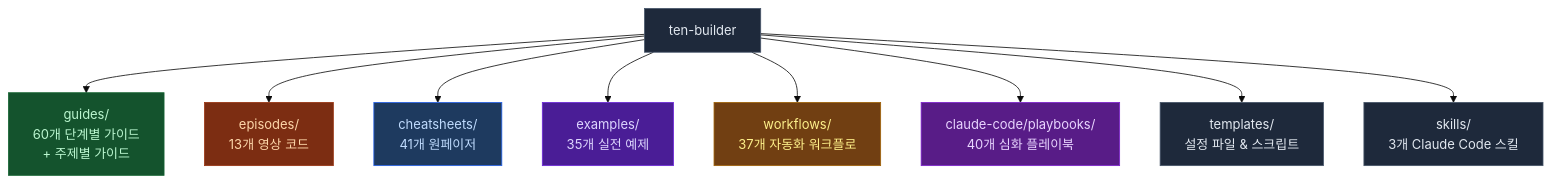
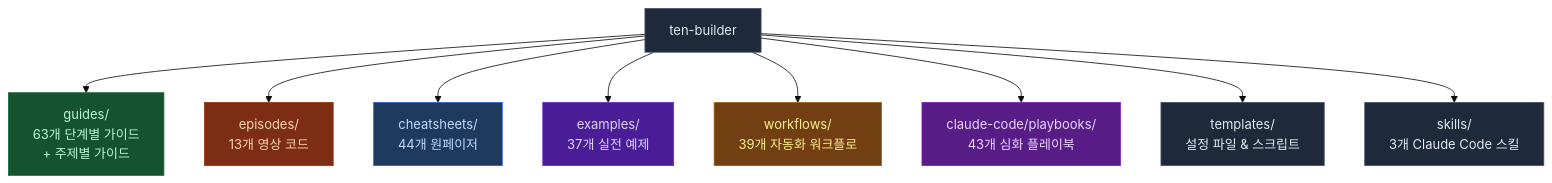
Before and after one commit to ten-builder/ten-builder: the first of 2 diagrams in README.md, drawn with Mermaid (base theme). The commit also changed other lines of this file, not shown here.

Commit message:
docs: README sync -- update counts (guides 63, cheatsheets 44, examples 37, workflows 39, playbooks 43)

````diff
--- a/README.md
+++ b/README.md
@@ -23,21 +23,21 @@
 ```mermaid
 flowchart TD
-    R["ten-builder"] --> G["guides/\n60개 단계별 가이드\n+ 주제별 가이드"]
+    R["ten-builder"] --> G["guides/\n63개 단계별 가이드\n+ 주제별 가이드"]
     R --> E["episodes/\n13개 영상 코드"]
-    R --> C["cheatsheets/\n41개 원페이저"]
-    R --> EX["examples/\n35개 실전 예제"]
-    R --> W["workflows/\n37개 자동화 워크플로"]
-    R --> P["claude-code/playbooks/\n40개 심화 플레이북"]
+    R --> C["cheatsheets/\n44개 원페이저"]
+    R --> EX["examples/\n37개 실전 예제"]
+    R --> W["workflows/\n39개 자동화 워크플로"]
+    R --> P["claude-code/playbooks/\n43개 심화 플레이북"]
     R --> T["templates/\n설정 파일 & 스크립트"]
     R --> S["skills/\n3개 Claude Code 스킬"]
 
     style R fill:#1e293b,stroke:#475569,color:#e2e8f0
     style G fill:#14532d,stroke:#166534,color:#bbf7d0
     style E fill:#7c2d12,stroke:#9a3412,color:#fed7aa
     style C fill:#1e3a5f,stroke:#2563eb,color:#bfdbfe
     style EX fill:#4a1d96,stroke:#6d28d9,color:#ddd6fe
     style W fill:#713f12,stroke:#a16207,color:#fef08a
     style P fill:#581c87,stroke:#7e22ce,color:#e9d5ff
     style T fill:#1e293b,stroke:#475569,color:#e2e8f0
     style S fill:#1e293b,stroke:#475569,color:#e2e8f0
 ```
````
